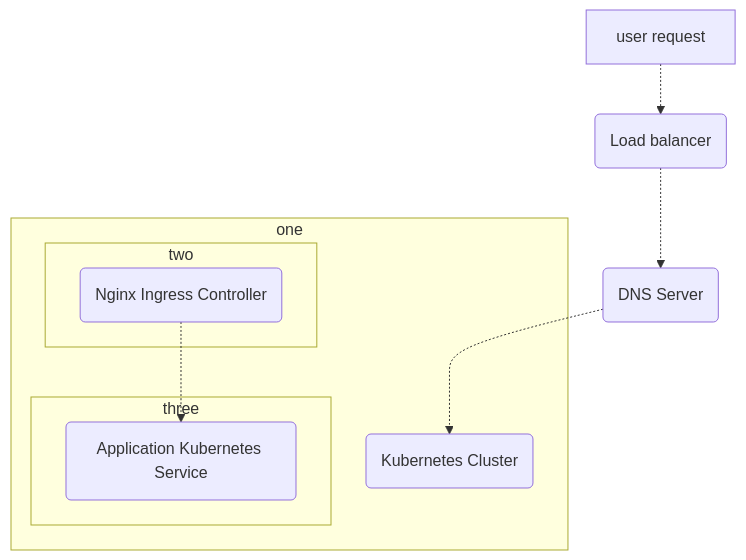
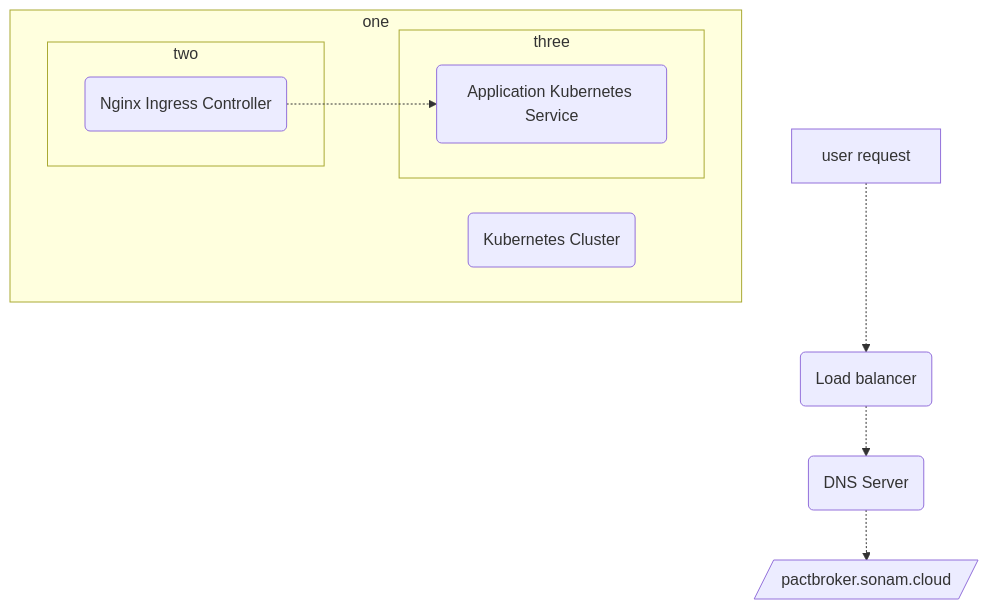
The first of 4 diagrams in README.md (sonamsamdupkhangsar/sonamsamdupkhangsar.github.io), drawn with Mermaid before and after one commit.

````diff
--- a/README.md
+++ b/README.md
@@ -10,18 +10,18 @@
 ```mermaid
 flowchart TD
     A[user request] -.-> B(Load balancer)
     B -.-> C(DNS Server)
     C -.-> D[/pactbroker.sonam.cloud/]
     subgraph one
-    D(Kubernetes Cluster)
+    E(Kubernetes Cluster)
     subgraph two
-    E(Nginx Ingress Controller) 
+    F(Nginx Ingress Controller) 
     end
     subgraph three
-    F(Application Kubernetes Service)
+    G(Application Kubernetes Service)
     end
-    E -.-> F
+    F -.-> G
     end
 
 
 ```
````
